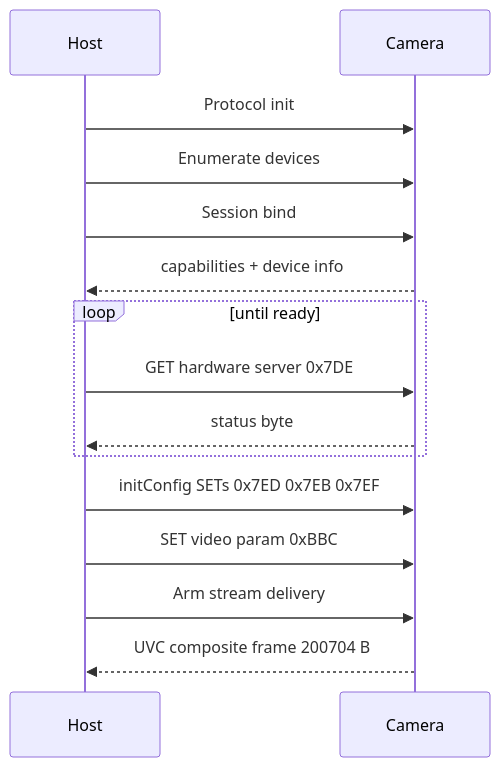
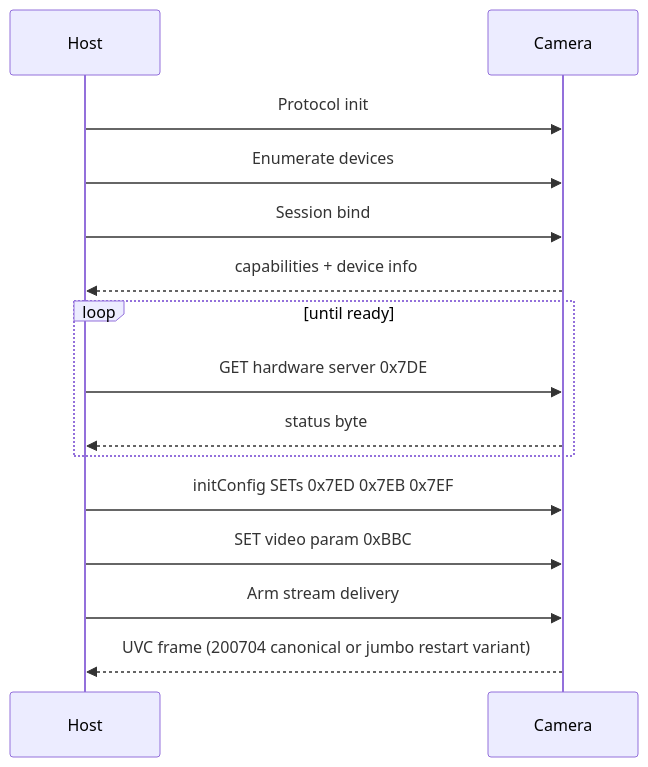
One commit to 3ricj/IRPanoView changed the diagram in MasterThermoDocs/03_Session_Initialization.md. Above: the diagram before and after it, drawn with Mermaid. The commit also changed other lines of this file and 9 other files, not shown here.

Commit message:
updates for jumbo frame size and structure

````diff
--- a/MasterThermoDocs/03_Session_Initialization.md
+++ b/MasterThermoDocs/03_Session_Initialization.md
@@ -9,18 +9,18 @@
 ```mermaid
 sequenceDiagram
   participant Host
   participant Dev as Camera
 
   Host->>Dev: Protocol init
   Host->>Dev: Enumerate devices
   Host->>Dev: Session bind
   Dev-->>Host: capabilities + device info
   loop until ready
     Host->>Dev: GET hardware server 0x7DE
     Dev-->>Host: status byte
   end
   Host->>Dev: initConfig SETs 0x7ED 0x7EB 0x7EF
   Host->>Dev: SET video param 0xBBC
   Host->>Dev: Arm stream delivery
-  Dev-->>Host: UVC composite frame 200704 B
+  Dev-->>Host: UVC frame (200704 canonical or jumbo restart variant)
 ```
````
